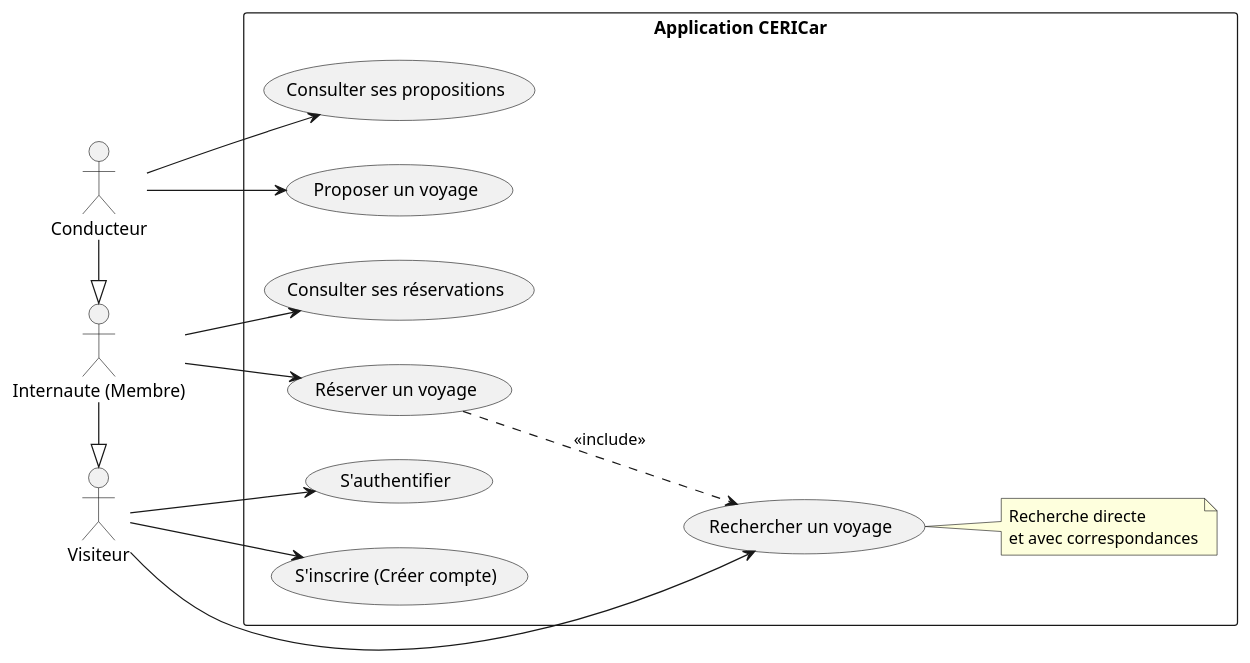
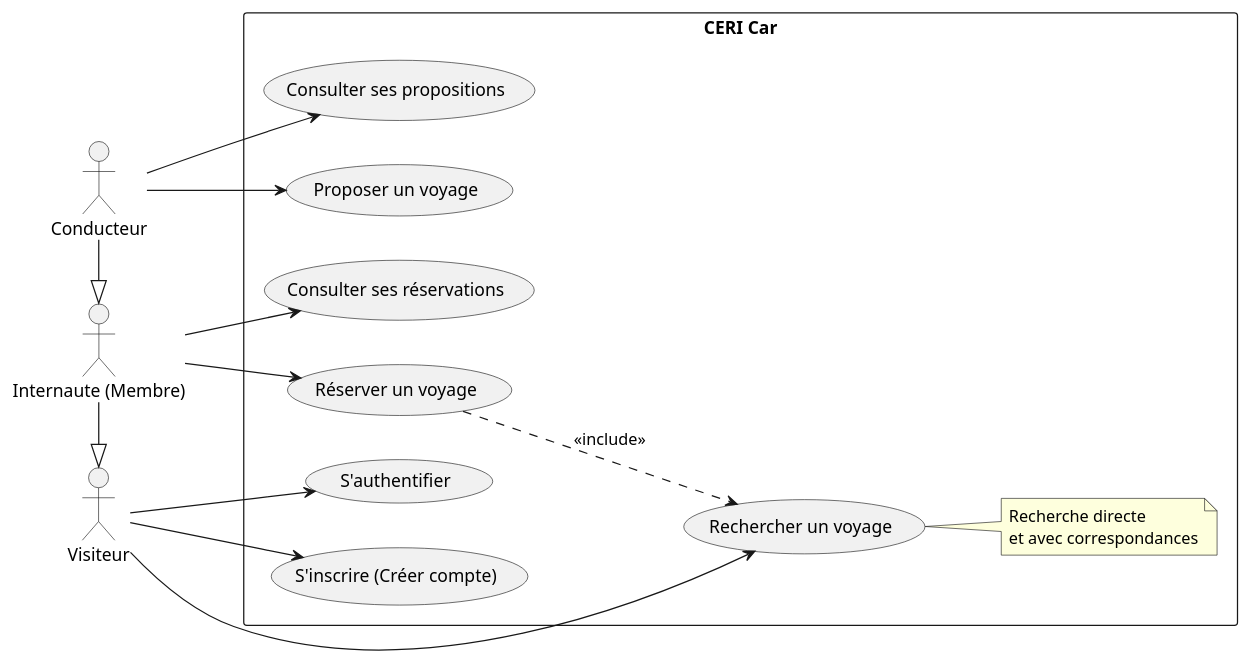
Before and after one commit to Chihebkebbas/CERI_Car: the diagram in UML/use_case.plantUML, drawn with PlantUML. The commit also changed 1 other file, not shown here.

Commit message:
update UML diagrams

```diff
--- a/UML/use_case.plantUML
+++ b/UML/use_case.plantUML
@@ -1,35 +1,35 @@
 @startuml
 left to right direction
 skinparam packageStyle rectangle
 
 actor "Conducteur" as C
 actor "Internaute (Membre)" as M
 actor "Visiteur" as V
 
 M -|> V
 C -|> M
 
-rectangle "Application CERICar" {
+rectangle "CERI Car" {
   usecase "Rechercher un voyage" as UC1
   usecase "S'inscrire (Créer compte)" as UC2
   usecase "S'authentifier" as UC3
   usecase "Réserver un voyage" as UC4
   usecase "Consulter ses réservations" as UC5
   usecase "Proposer un voyage" as UC6
   usecase "Consulter ses propositions" as UC7
 
   C --> UC6
   C --> UC7
 
   M --> UC4
   M --> UC5
 
   V --> UC1
   V --> UC2
   V --> UC3
 
 
   UC4 ..> UC1 : <<include>>
   note right of UC1 : Recherche directe\net avec correspondances
 }
 @enduml
```
